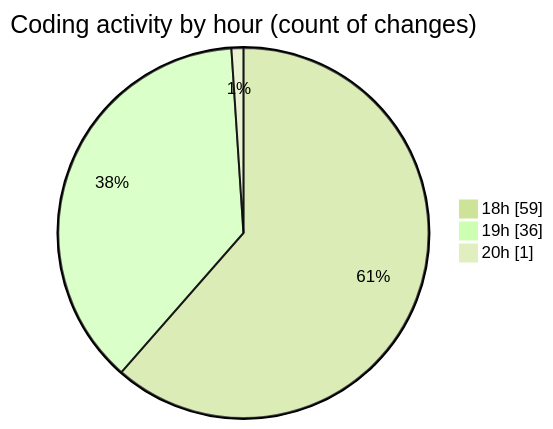
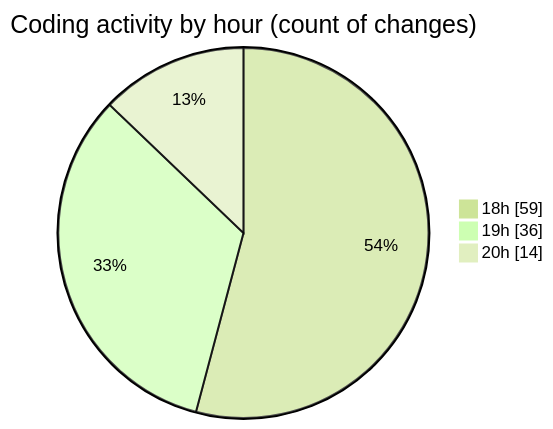
Before and after one commit to Netris89/code-tracking: the second of 2 diagrams in 2025-04-02/back-end/README.md, drawn with Mermaid (forest theme). The commit also changed other lines of this file and 1 other file, not shown here.

````diff
--- a/2025-04-02/back-end/README.md
+++ b/2025-04-02/back-end/README.md
@@ -30,7 +30,7 @@
 ```mermaid
 pie showData
 title Coding activity by hour (count of changes)
 "18h" : 59
 "19h" : 36
-"20h" : 1
+"20h" : 14
 ```
````
